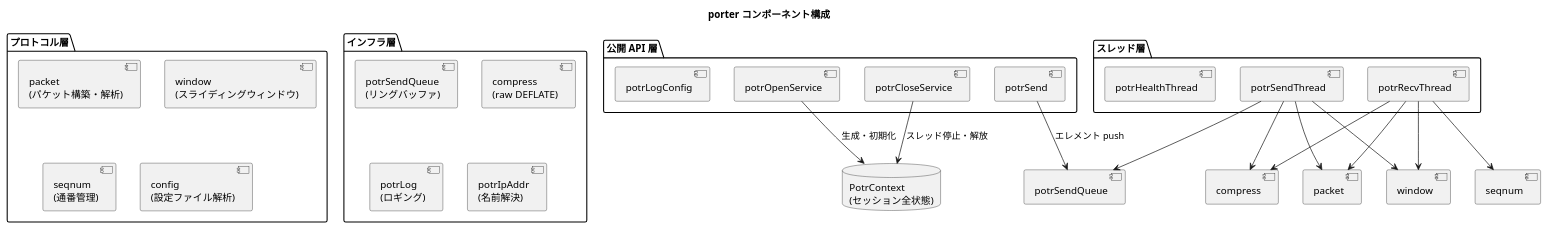
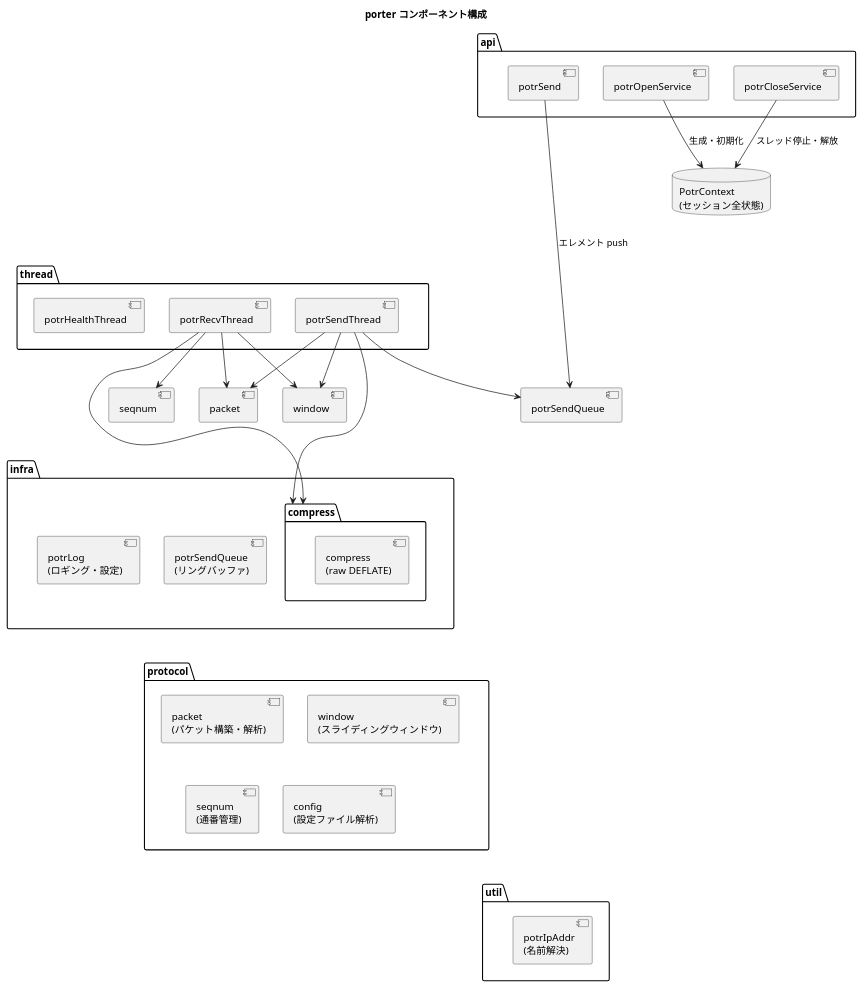
One commit to Hondarer/c-modernization-kit changed the second of 2 diagrams in prod/porter/docs/architecture.md. Above: the diagram before and after it, drawn with PlantUML. The commit also changed 24 other files, not shown here.

````diff
--- a/prod/porter/docs/architecture.md
+++ b/prod/porter/docs/architecture.md
@@ -68,48 +68,58 @@
 ```plantuml
 @startuml
 title porter コンポーネント構成
 
-package "公開 API 層" {
+package "api" {
   [potrOpenService]
   [potrSend]
   [potrCloseService]
-  [potrLogConfig]
 }
 
-package "スレッド層" {
+package "thread" {
   [potrRecvThread]
   [potrSendThread]
   [potrHealthThread]
 }
 
-package "プロトコル層" {
+package "protocol" {
   [packet\n(パケット構築・解析)]
   [window\n(スライディングウィンドウ)]
   [seqnum\n(通番管理)]
   [config\n(設定ファイル解析)]
 }
 
-package "インフラ層" {
+package "infra" {
   [potrSendQueue\n(リングバッファ)]
-  [compress\n(raw DEFLATE)]
-  [potrLog\n(ロギング)]
+  [potrLog\n(ロギング・設定)]
+  package "compress" {
+    [compress\n(raw DEFLATE)]
+  }
+}
+
+package "util" {
   [potrIpAddr\n(名前解決)]
 }
 
 database "PotrContext\n(セッション全状態)" as CTX
 
 [potrOpenService] --> CTX : 生成・初期化
 [potrSend] --> [potrSendQueue] : エレメント push
 [potrCloseService] --> CTX : スレッド停止・解放
 
 [potrSendThread] --> [packet]
 [potrSendThread] --> [window]
 [potrSendThread] --> [compress]
 [potrSendThread] --> [potrSendQueue]
 
 [potrRecvThread] --> [packet]
 [potrRecvThread] --> [window]
 [potrRecvThread] --> [seqnum]
 [potrRecvThread] --> [compress]
+
+api -[hidden]--thread
+thread -[hidden]-- infra
+api -[hidden]----- protocol
+protocol -[hidden]--util
+
 @enduml
 ```
````
